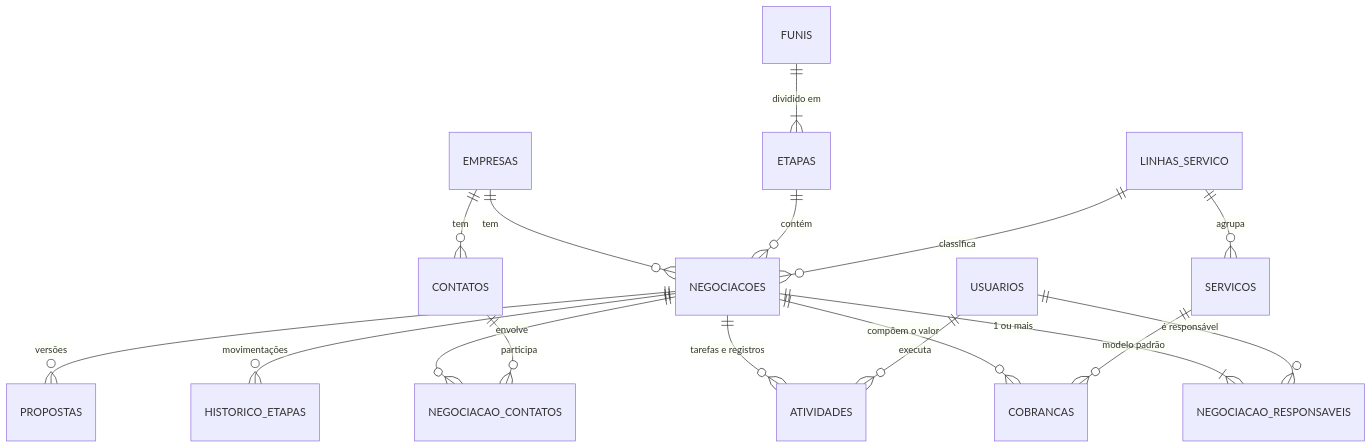
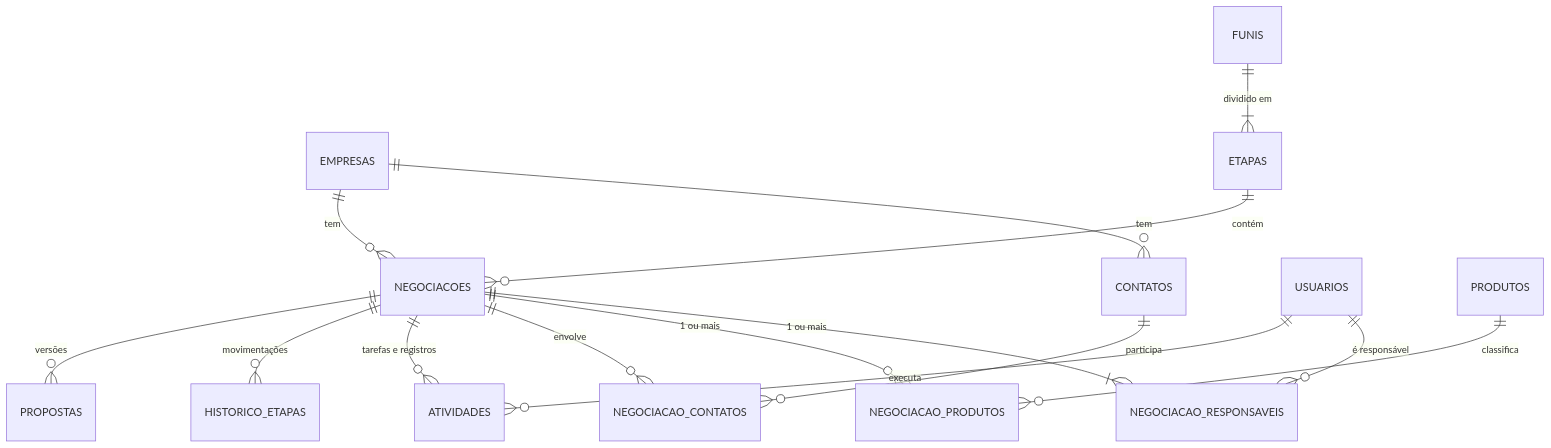
Before and after one commit to fononemacher/gerador-de-escala: the diagram in docs/crm/estrutura-e-validacao.md, drawn with Mermaid. The commit also changed other lines of this file, not shown here.

First line of the commit message:
Simplifica valor e hospedagem na proposta do CRM

````diff
--- a/docs/crm/estrutura-e-validacao.md
+++ b/docs/crm/estrutura-e-validacao.md
@@ -63,19 +63,17 @@
 ```mermaid
 erDiagram
     EMPRESAS ||--o{ CONTATOS : "tem"
     EMPRESAS ||--o{ NEGOCIACOES : "tem"
     NEGOCIACOES ||--|{ NEGOCIACAO_RESPONSAVEIS : "1 ou mais"
     USUARIOS ||--o{ NEGOCIACAO_RESPONSAVEIS : "é responsável"
+    NEGOCIACOES ||--o{ NEGOCIACAO_PRODUTOS : "1 ou mais"
+    PRODUTOS ||--o{ NEGOCIACAO_PRODUTOS : "classifica"
     FUNIS ||--|{ ETAPAS : "dividido em"
     ETAPAS ||--o{ NEGOCIACOES : "contém"
-    LINHAS_SERVICO ||--o{ NEGOCIACOES : "classifica"
-    LINHAS_SERVICO ||--o{ SERVICOS : "agrupa"
     NEGOCIACOES ||--o{ NEGOCIACAO_CONTATOS : "envolve"
     CONTATOS ||--o{ NEGOCIACAO_CONTATOS : "participa"
-    NEGOCIACOES ||--o{ COBRANCAS : "compõem o valor"
-    SERVICOS ||--o{ COBRANCAS : "modelo padrão"
     NEGOCIACOES ||--o{ ATIVIDADES : "tarefas e registros"
     USUARIOS ||--o{ ATIVIDADES : "executa"
     NEGOCIACOES ||--o{ HISTORICO_ETAPAS : "movimentações"
     NEGOCIACOES ||--o{ PROPOSTAS : "versões"
 ```
````
